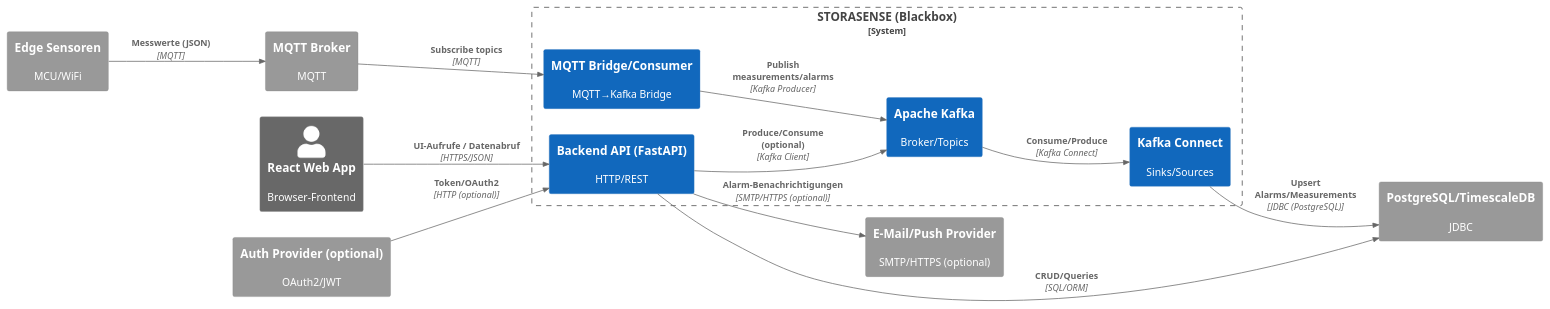
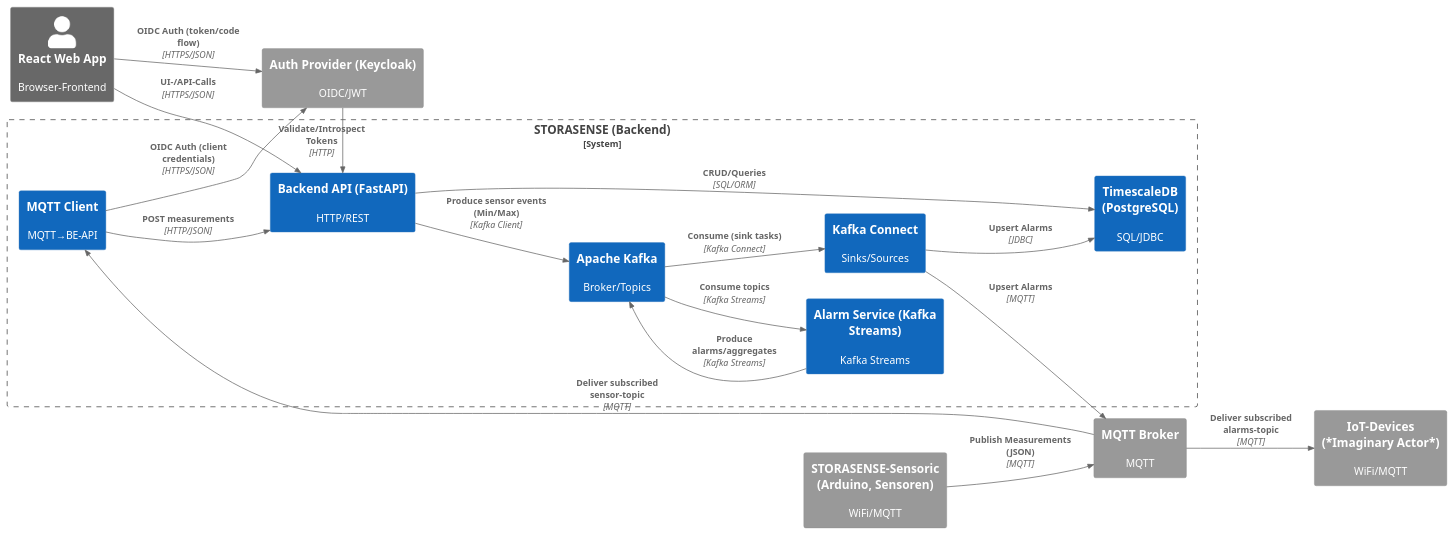
One commit to STORASENSE/storasense-platform changed the first of 2 diagrams in docs/docs/images/arc/deployment.puml. Above: the diagram before and after it, drawn with PlantUML. The commit also changed other lines of this file and 7 other files, not shown here.

```diff
--- a/docs/docs/images/arc/deployment.puml
+++ b/docs/docs/images/arc/deployment.puml
@@ -134,43 +3,61 @@
 @startuml
 !includeurl https://raw.githubusercontent.com/plantuml-stdlib/C4-PlantUML/master/C4_Context.puml
 HIDE_STEREOTYPE()
 LAYOUT_LEFT_RIGHT()
 
-' Externer Client
 Person_Ext(react_app, "React Web App", "Browser-Frontend")
 
-System_Boundary(storasense_bb, "STORASENSE (Blackbox)") {
+System_Boundary(storasense_bb, "STORASENSE (Backend)") {
 System(storasense_api, "Backend API (FastAPI)", "HTTP/REST")
 System(kafka_cluster, "Apache Kafka", "Broker/Topics")
+System(alarm_streams, "Alarm Service (Kafka Streams)", "Kafka Streams")
 System(storasense_connect, "Kafka Connect", "Sinks/Sources")
-System(storasense_mqtt_bridge, "MQTT Bridge/Consumer", "MQTT→Kafka Bridge")
+System(timescaledb, "TimescaleDB (PostgreSQL)", "SQL/JDBC")
+System(storasense_mqtt_bridge, "MQTT Client", "MQTT→BE-API")
 }
 
-' Externe Systeme
 System_Ext(mqtt_broker, "MQTT Broker", "MQTT")
-System_Ext(timescaledb, "PostgreSQL/TimescaleDB", "JDBC")
-System_Ext(email_push, "E-Mail/Push Provider", "SMTP/HTTPS (optional)")
-System_Ext(auth_provider, "Auth Provider (optional)", "OAuth2/JWT")
-System_Ext(SensorEdge, "Edge Sensoren", "MCU/WiFi")
+System_Ext(auth_provider, "Auth Provider (Keycloak)", "OIDC/JWT")
+System_Ext(SensorEdge, "STORASENSE-Sensoric \n (Arduino, Sensoren)", "WiFi/MQTT")
+System_Ext(IotActor, "IoT-Devices \n(*Imaginary Actor*)", "WiFi/MQTT")
 
-' Schnittstellen / Flüsse
-Rel(react_app, storasense_api, "UI-Aufrufe / Datenabruf", "HTTPS/JSON")
+' Frontend -> Backend
+Rel(react_app, storasense_api, "UI-/API-Calls", "HTTPS/JSON")
 
-Rel(SensorEdge, mqtt_broker, "Messwerte (JSON)", "MQTT")
-Rel(mqtt_broker, storasense_mqtt_bridge, "Subscribe topics", "MQTT")
-Rel(storasense_mqtt_bridge, kafka_cluster, "Publish measurements/alarms", "Kafka Producer")
+' Sensor -> MQTT Broker
+Rel(SensorEdge, mqtt_broker, "Publish Measurements (JSON)", "MQTT")
 
-Rel(storasense_api, kafka_cluster, "Produce/Consume (optional)", "Kafka Client")
-Rel(kafka_cluster, storasense_connect, "Consume/Produce", "Kafka Connect")
-Rel(storasense_connect, timescaledb, "Upsert Alarms/Measurements", "JDBC (PostgreSQL)")
+' Broker -> interner MQTT-Client
+Rel(mqtt_broker, storasense_mqtt_bridge, "Deliver subscribed sensor-topic", "MQTT")
+Rel(mqtt_broker, IotActor, "Deliver subscribed alarms-topic", "MQTT")
+
+' MQTT-Client -> Backend API
+Rel(storasense_mqtt_bridge, storasense_api, "POST measurements", "HTTP/JSON")
+
+' Backend API -> Kafka (produzierte Events, z. B. Min/Max Werte)
+Rel(storasense_api, kafka_cluster, "Produce sensor events (Min/Max)", "Kafka Client")
+
+' Alarm Streams <-> Kafka (consume/produce)
+Rel(kafka_cluster, alarm_streams, "Consume topics", "Kafka Streams")
+Rel(alarm_streams, kafka_cluster, "Produce alarms/aggregates", "Kafka Streams")
+
+' Kafka -> Connect -> DB
+Rel(kafka_cluster, storasense_connect, "Consume (sink tasks)", "Kafka Connect")
+Rel(storasense_connect, timescaledb, "Upsert Alarms", "JDBC")
+Rel(storasense_connect, mqtt_broker, "Upsert Alarms", "MQTT")
+
+' Backend API ->  DB (Reads/Writes)
 Rel(storasense_api, timescaledb, "CRUD/Queries", "SQL/ORM")
 
-Rel(auth_provider, storasense_api, "Token/OAuth2", "HTTP (optional)")
-Rel(storasense_api, email_push, "Alarm-Benachrichtigungen", "SMTP/HTTPS (optional)")
+' Auth: Clients/API holen Tokens beim Provider
+Rel(react_app, auth_provider, "OIDC Auth (token/code flow)", "HTTPS/JSON")
+Rel(storasense_mqtt_bridge, auth_provider, "OIDC Auth (client credentials)", "HTTPS/JSON")
 
-' Layout-Hinweise
-Lay_Down(storasense_mqtt_bridge, kafka_cluster)
+' Provider validiert/liefert Tokens, die API entgegennimmt
+Rel(auth_provider, storasense_api, "Validate/Introspect Tokens", "HTTP")
+
+Lay_Down(storasense_mqtt_bridge, storasense_api)
 Lay_Down(kafka_cluster, storasense_connect)
 Lay_Down(storasense_connect, timescaledb)
 
 @enduml
```
